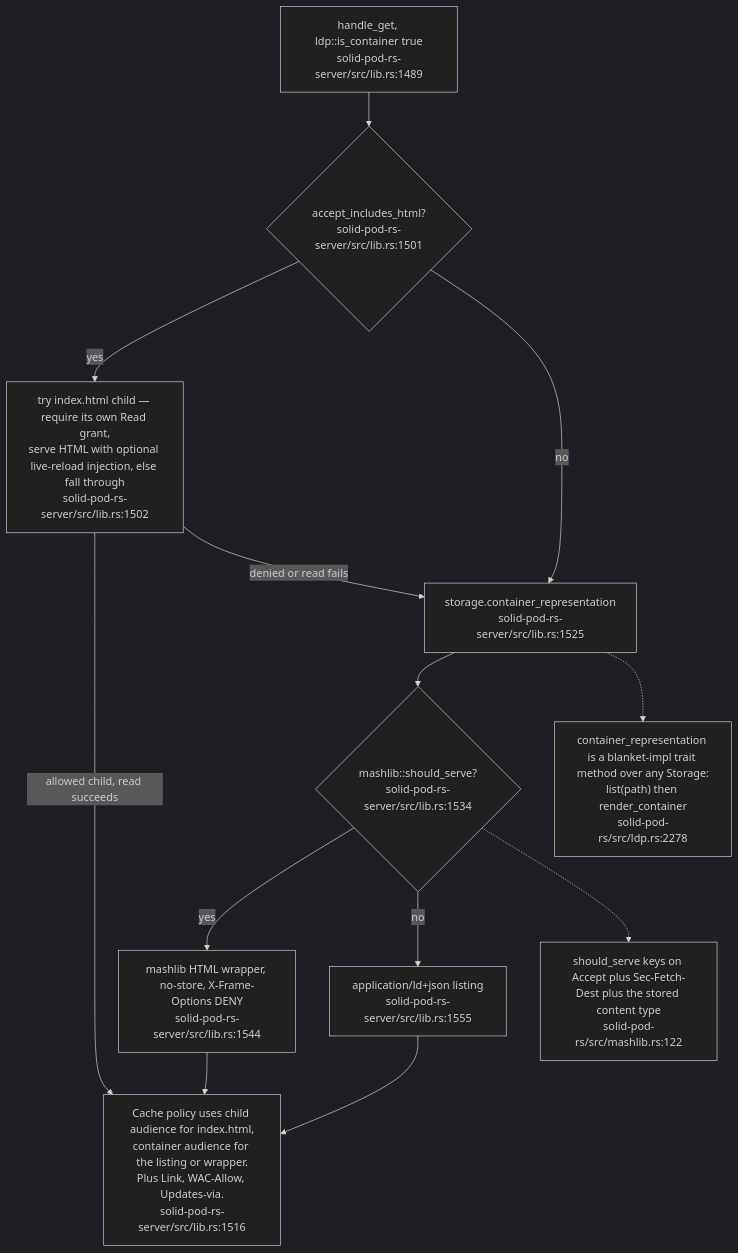
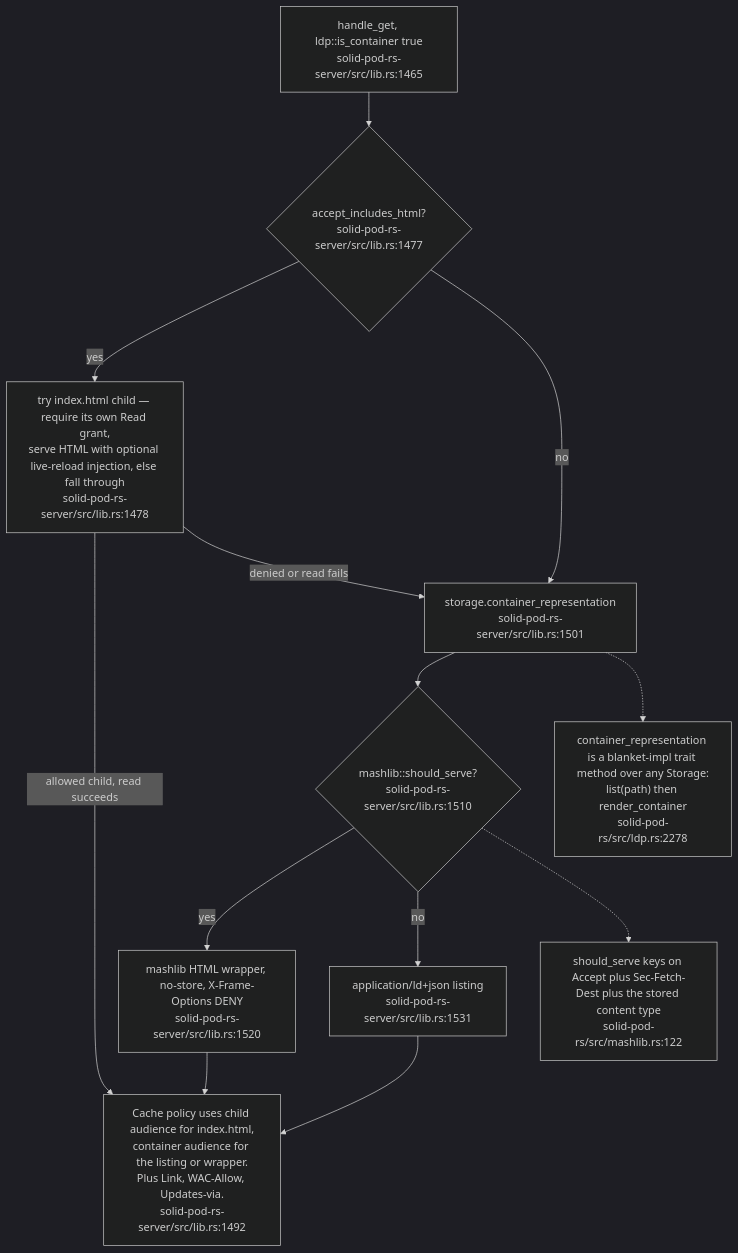
The second of 11 diagrams in docs/diagrams/solid-pod-rs/03-ldp-request-lifecycle.md (DreamLab-AI/VisionFlow), drawn with Mermaid (dark theme) before and after one commit. The commit also changed other lines of this file and 47 other files, not shown here.

````diff
--- a/docs/diagrams/solid-pod-rs/03-ldp-request-lifecycle.md
+++ b/docs/diagrams/solid-pod-rs/03-ldp-request-lifecycle.md
@@ -58,25 +59,25 @@
 ```mermaid
 flowchart TD
-    START["handle_get, ldp::is_container true<br/>solid-pod-rs-server/src/lib.rs:1489"]
-    HTML{"accept_includes_html?<br/>solid-pod-rs-server/src/lib.rs:1501"}
-    IDX["try index.html child — require its own Read grant,<br/>serve HTML with optional live-reload injection, else fall through<br/>solid-pod-rs-server/src/lib.rs:1502"]
-    REP["storage.container_representation<br/>solid-pod-rs-server/src/lib.rs:1525"]
-    MASH{"mashlib::should_serve?<br/>solid-pod-rs-server/src/lib.rs:1534"}
-    MHTML["mashlib HTML wrapper, no-store, X-Frame-Options DENY<br/>solid-pod-rs-server/src/lib.rs:1544"]
-    JSONLD["application/ld+json listing<br/>solid-pod-rs-server/src/lib.rs:1555"]
-    DONE["Cache policy uses child audience for index.html,<br/>container audience for the listing or wrapper.<br/>Plus Link, WAC-Allow, Updates-via.<br/>solid-pod-rs-server/src/lib.rs:1516"]
+    START["handle_get, ldp::is_container true<br/>solid-pod-rs-server/src/lib.rs:1465"]
+    HTML{"accept_includes_html?<br/>solid-pod-rs-server/src/lib.rs:1477"}
+    IDX["try index.html child — require its own Read grant,<br/>serve HTML with optional live-reload injection, else fall through<br/>solid-pod-rs-server/src/lib.rs:1478"]
+    REP["storage.container_representation<br/>solid-pod-rs-server/src/lib.rs:1501"]
+    MASH{"mashlib::should_serve?<br/>solid-pod-rs-server/src/lib.rs:1510"}
+    MHTML["mashlib HTML wrapper, no-store, X-Frame-Options DENY<br/>solid-pod-rs-server/src/lib.rs:1520"]
+    JSONLD["application/ld+json listing<br/>solid-pod-rs-server/src/lib.rs:1531"]
+    DONE["Cache policy uses child audience for index.html,<br/>container audience for the listing or wrapper.<br/>Plus Link, WAC-Allow, Updates-via.<br/>solid-pod-rs-server/src/lib.rs:1492"]
 
     START --> HTML
     HTML -- yes --> IDX
     HTML -- no --> REP
     IDX -- "allowed child, read succeeds" --> DONE
     IDX -- "denied or read fails" --> REP
     REP --> MASH
     MASH -- yes --> MHTML --> DONE
     MASH -- no --> JSONLD --> DONE
 
     N["container_representation is a blanket-impl trait method over any Storage:<br/>list(path) then render_container<br/>solid-pod-rs/src/ldp.rs:2278"]
     REP -.-> N
     N2["should_serve keys on Accept plus Sec-Fetch-Dest plus the stored content type<br/>solid-pod-rs/src/mashlib.rs:122"]
     MASH -.-> N2
 ```
````
